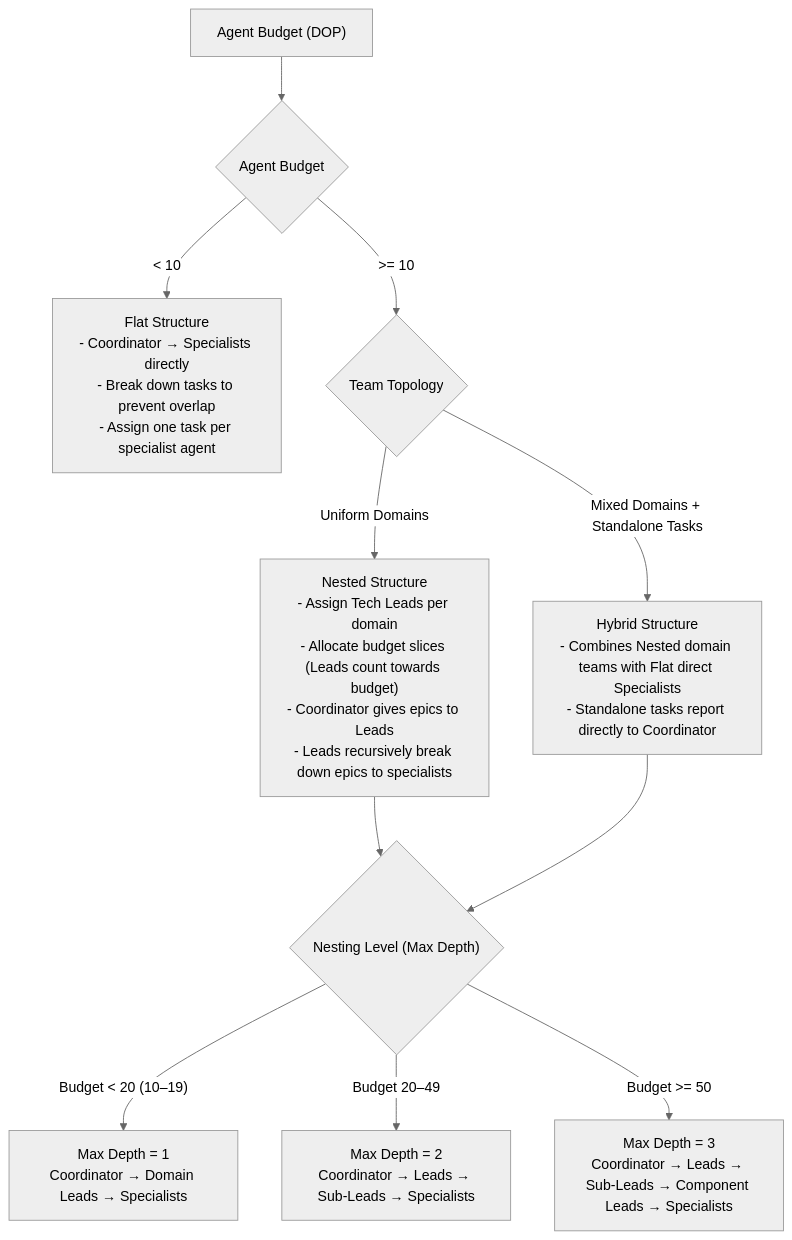
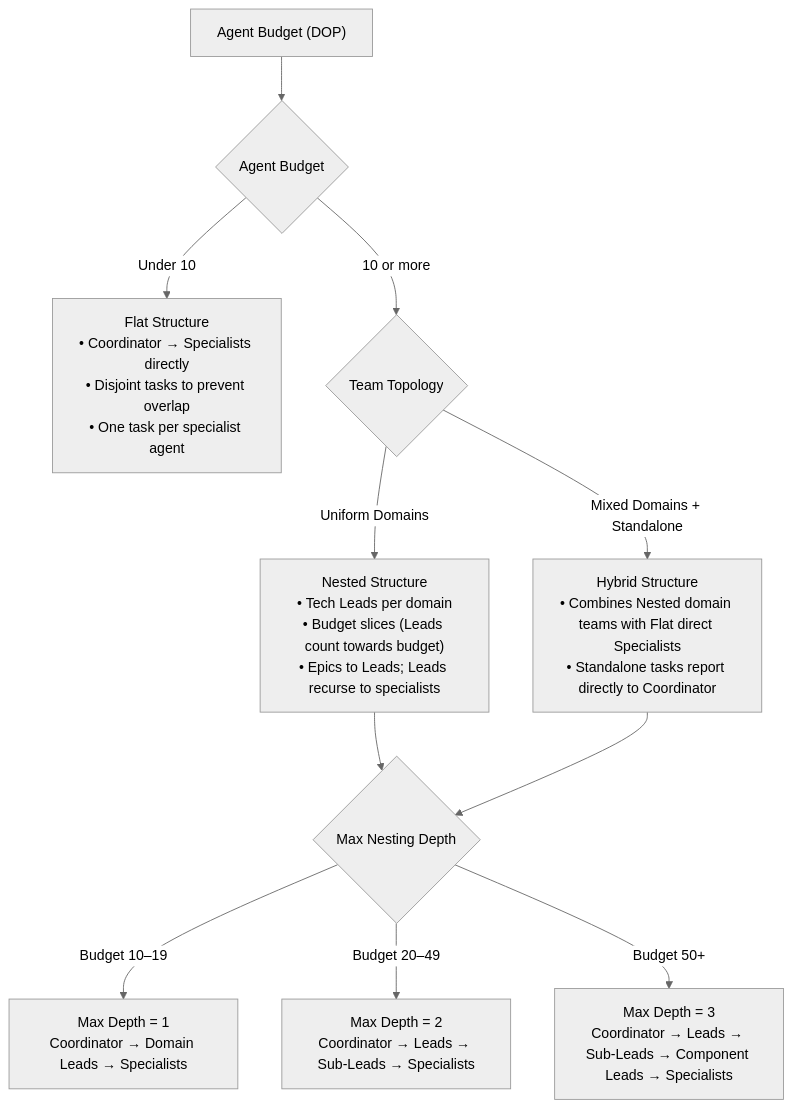
The first of 3 diagrams in agents/swarm-coding/SKILL.md (danicat/skills), drawn with Mermaid (neutral theme) before and after one commit. The commit also changed other lines of this file and 1 other file, not shown here.

Commit message:
fix(swarm-coding): sanitize mermaid diagram syntax and subgraph IDs

````diff
--- a/agents/swarm-coding/SKILL.md
+++ b/agents/swarm-coding/SKILL.md
@@ -63,19 +63,19 @@
 ```mermaid
 flowchart TD
     Budget["Agent Budget (DOP)"] --> Check{"Agent Budget"}
 
-    Check -->|"< 10"| Flat["Flat Structure\n- Coordinator &rarr; Specialists directly\n- Break down tasks to prevent overlap\n- Assign one task per specialist agent"]
+    Check -->|"Under 10"| Flat["Flat Structure\n• Coordinator → Specialists directly\n• Disjoint tasks to prevent overlap\n• One task per specialist agent"]
 
-    Check -->|">= 10"| ShapeCheck{"Team Topology"}
+    Check -->|"10 or more"| ShapeCheck{"Team Topology"}
 
-    ShapeCheck -->|"Uniform Domains"| Nested["Nested Structure\n- Assign Tech Leads per domain\n- Allocate budget slices (Leads count towards budget)\n- Coordinator gives epics to Leads\n- Leads recursively break down epics to specialists"]
+    ShapeCheck -->|"Uniform Domains"| Nested["Nested Structure\n• Tech Leads per domain\n• Budget slices (Leads count towards budget)\n• Epics to Leads; Leads recurse to specialists"]
 
-    ShapeCheck -->|"Mixed Domains + Standalone Tasks"| Hybrid["Hybrid Structure\n- Combines Nested domain teams with Flat direct Specialists\n- Standalone tasks report directly to Coordinator"]
+    ShapeCheck -->|"Mixed Domains + Standalone"| Hybrid["Hybrid Structure\n• Combines Nested domain teams with Flat direct Specialists\n• Standalone tasks report directly to Coordinator"]
 
-    Nested --> Depth{"Nesting Level (Max Depth)"}
+    Nested --> Depth{"Max Nesting Depth"}
     Hybrid --> Depth
 
-    Depth -->|"Budget < 20 (10–19)"| D1["Max Depth = 1\nCoordinator &rarr; Domain Leads &rarr; Specialists"]
-    Depth -->|"Budget 20–49"| D2["Max Depth = 2\nCoordinator &rarr; Leads &rarr; Sub-Leads &rarr; Specialists"]
-    Depth -->|"Budget >= 50"| D3["Max Depth = 3\nCoordinator &rarr; Leads &rarr; Sub-Leads &rarr; Component Leads &rarr; Specialists"]
+    Depth -->|"Budget 10–19"| D1["Max Depth = 1\nCoordinator → Domain Leads → Specialists"]
+    Depth -->|"Budget 20–49"| D2["Max Depth = 2\nCoordinator → Leads → Sub-Leads → Specialists"]
+    Depth -->|"Budget 50+"| D3["Max Depth = 3\nCoordinator → Leads → Sub-Leads → Component Leads → Specialists"]
 ```
````
